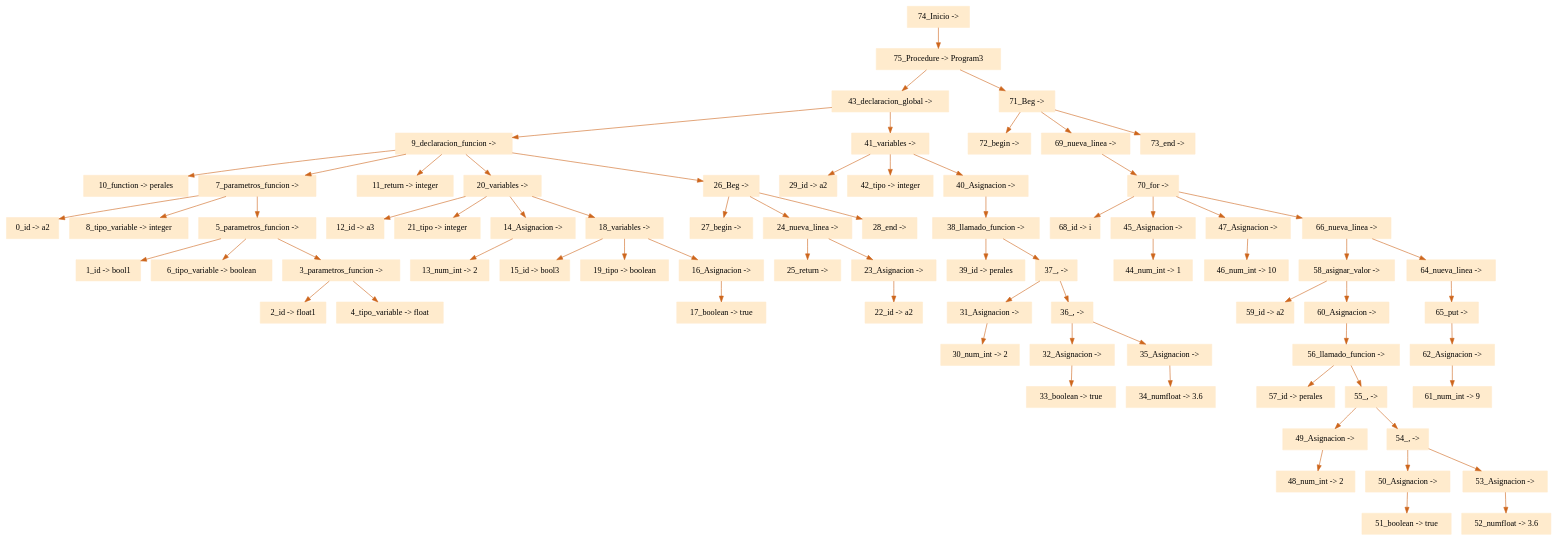
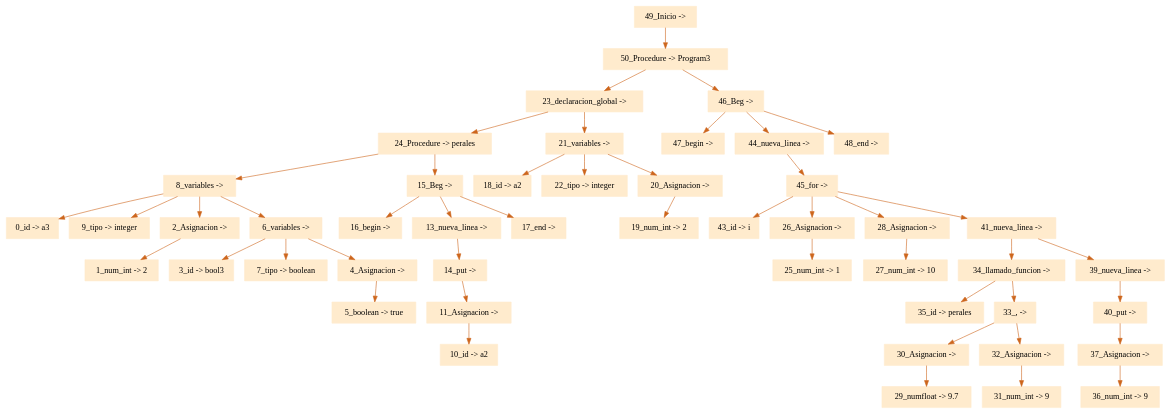
One commit to eliasgz97/Proyecto_Compiladores changed the diagram in ProyectoCompiladores/arbol.dot. Above: the diagram before and after it, drawn with Graphviz. The commit also changed 7 other files, not shown here.

```diff
--- a/ProyectoCompiladores/arbol.dot
+++ b/ProyectoCompiladores/arbol.dot
@@ -1,78 +1,52 @@
 digraph G {node[shape=box, style=filled, color=blanchedalmond]; edge[color=chocolate3];rankdir=UD 
 
-"74_Inicio -> "->"75_Procedure -> Program3"
-"75_Procedure -> Program3"->"43_declaracion_global -> "
-"43_declaracion_global -> "->"9_declaracion_funcion -> "
-"9_declaracion_funcion -> "->"10_function -> perales"
-"9_declaracion_funcion -> "->"7_parametros_funcion -> "
-"7_parametros_funcion -> "->"0_id -> a2"
-"7_parametros_funcion -> "->"8_tipo_variable -> integer"
-"7_parametros_funcion -> "->"5_parametros_funcion -> "
-"5_parametros_funcion -> "->"1_id -> bool1"
-"5_parametros_funcion -> "->"6_tipo_variable -> boolean"
-"5_parametros_funcion -> "->"3_parametros_funcion -> "
-"3_parametros_funcion -> "->"2_id -> float1"
-"3_parametros_funcion -> "->"4_tipo_variable -> float"
-"9_declaracion_funcion -> "->"11_return -> integer"
-"9_declaracion_funcion -> "->"20_variables -> "
-"20_variables -> "->"12_id -> a3"
-"20_variables -> "->"21_tipo -> integer"
-"20_variables -> "->"14_Asignacion -> "
-"14_Asignacion -> "->"13_num_int -> 2"
-"20_variables -> "->"18_variables -> "
-"18_variables -> "->"15_id -> bool3"
-"18_variables -> "->"19_tipo -> boolean"
-"18_variables -> "->"16_Asignacion -> "
-"16_Asignacion -> "->"17_boolean -> true"
-"9_declaracion_funcion -> "->"26_Beg -> "
-"26_Beg -> "->"27_begin -> "
-"26_Beg -> "->"24_nueva_linea -> "
-"24_nueva_linea -> "->"25_return -> "
-"24_nueva_linea -> "->"23_Asignacion -> "
-"23_Asignacion -> "->"22_id -> a2"
-"26_Beg -> "->"28_end -> "
-"43_declaracion_global -> "->"41_variables -> "
-"41_variables -> "->"29_id -> a2"
-"41_variables -> "->"42_tipo -> integer"
-"41_variables -> "->"40_Asignacion -> "
-"40_Asignacion -> "->"38_llamado_funcion -> "
-"38_llamado_funcion -> "->"39_id -> perales"
-"38_llamado_funcion -> "->"37_, -> "
-"37_, -> "->"31_Asignacion -> "
-"31_Asignacion -> "->"30_num_int -> 2"
-"37_, -> "->"36_, -> "
-"36_, -> "->"32_Asignacion -> "
-"32_Asignacion -> "->"33_boolean -> true"
-"36_, -> "->"35_Asignacion -> "
-"35_Asignacion -> "->"34_numfloat -> 3.6"
-"75_Procedure -> Program3"->"71_Beg -> "
-"71_Beg -> "->"72_begin -> "
-"71_Beg -> "->"69_nueva_linea -> "
-"69_nueva_linea -> "->"70_for -> "
-"70_for -> "->"68_id -> i"
-"70_for -> "->"45_Asignacion -> "
-"45_Asignacion -> "->"44_num_int -> 1"
-"70_for -> "->"47_Asignacion -> "
-"47_Asignacion -> "->"46_num_int -> 10"
-"70_for -> "->"66_nueva_linea -> "
-"66_nueva_linea -> "->"58_asignar_valor -> "
-"58_asignar_valor -> "->"59_id -> a2"
-"58_asignar_valor -> "->"60_Asignacion -> "
-"60_Asignacion -> "->"56_llamado_funcion -> "
-"56_llamado_funcion -> "->"57_id -> perales"
-"56_llamado_funcion -> "->"55_, -> "
-"55_, -> "->"49_Asignacion -> "
-"49_Asignacion -> "->"48_num_int -> 2"
-"55_, -> "->"54_, -> "
-"54_, -> "->"50_Asignacion -> "
-"50_Asignacion -> "->"51_boolean -> true"
-"54_, -> "->"53_Asignacion -> "
-"53_Asignacion -> "->"52_numfloat -> 3.6"
-"66_nueva_linea -> "->"64_nueva_linea -> "
-"64_nueva_linea -> "->"65_put -> "
-"65_put -> "->"62_Asignacion -> "
-"62_Asignacion -> "->"61_num_int -> 9"
-"71_Beg -> "->"73_end -> "
+"49_Inicio -> "->"50_Procedure -> Program3"
+"50_Procedure -> Program3"->"23_declaracion_global -> "
+"23_declaracion_global -> "->"24_Procedure -> perales"
+"24_Procedure -> perales"->"8_variables -> "
+"8_variables -> "->"0_id -> a3"
+"8_variables -> "->"9_tipo -> integer"
+"8_variables -> "->"2_Asignacion -> "
+"2_Asignacion -> "->"1_num_int -> 2"
+"8_variables -> "->"6_variables -> "
+"6_variables -> "->"3_id -> bool3"
+"6_variables -> "->"7_tipo -> boolean"
+"6_variables -> "->"4_Asignacion -> "
+"4_Asignacion -> "->"5_boolean -> true"
+"24_Procedure -> perales"->"15_Beg -> "
+"15_Beg -> "->"16_begin -> "
+"15_Beg -> "->"13_nueva_linea -> "
+"13_nueva_linea -> "->"14_put -> "
+"14_put -> "->"11_Asignacion -> "
+"11_Asignacion -> "->"10_id -> a2"
+"15_Beg -> "->"17_end -> "
+"23_declaracion_global -> "->"21_variables -> "
+"21_variables -> "->"18_id -> a2"
+"21_variables -> "->"22_tipo -> integer"
+"21_variables -> "->"20_Asignacion -> "
+"20_Asignacion -> "->"19_num_int -> 2"
+"50_Procedure -> Program3"->"46_Beg -> "
+"46_Beg -> "->"47_begin -> "
+"46_Beg -> "->"44_nueva_linea -> "
+"44_nueva_linea -> "->"45_for -> "
+"45_for -> "->"43_id -> i"
+"45_for -> "->"26_Asignacion -> "
+"26_Asignacion -> "->"25_num_int -> 1"
+"45_for -> "->"28_Asignacion -> "
+"28_Asignacion -> "->"27_num_int -> 10"
+"45_for -> "->"41_nueva_linea -> "
+"41_nueva_linea -> "->"34_llamado_funcion -> "
+"34_llamado_funcion -> "->"35_id -> perales"
+"34_llamado_funcion -> "->"33_, -> "
+"33_, -> "->"30_Asignacion -> "
+"30_Asignacion -> "->"29_numfloat -> 9.7"
+"33_, -> "->"32_Asignacion -> "
+"32_Asignacion -> "->"31_num_int -> 9"
+"41_nueva_linea -> "->"39_nueva_linea -> "
+"39_nueva_linea -> "->"40_put -> "
+"40_put -> "->"37_Asignacion -> "
+"37_Asignacion -> "->"36_num_int -> 9"
+"46_Beg -> "->"48_end -> "
 
 
 }
```
